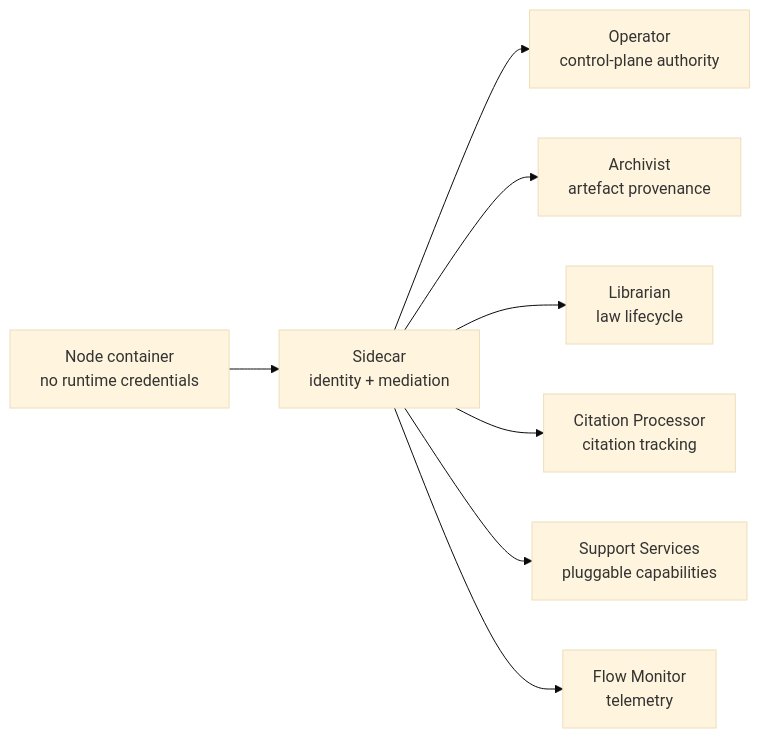
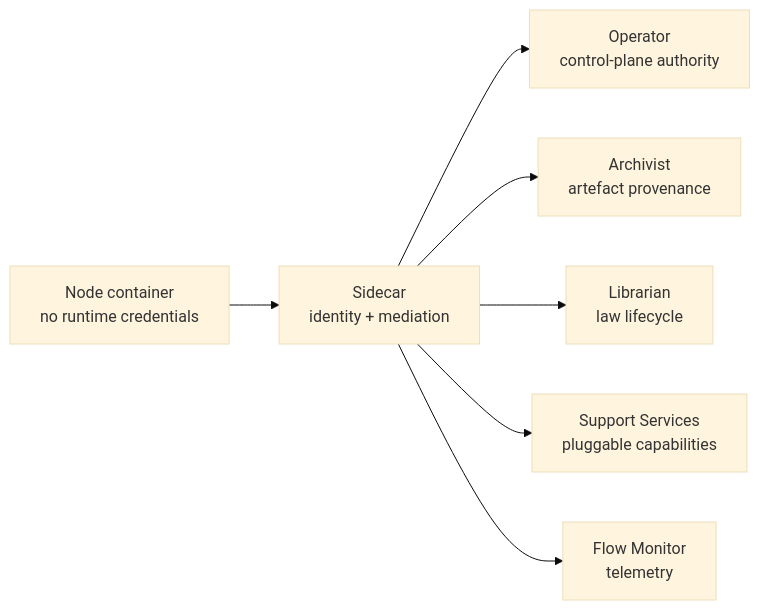
The first of 2 diagrams in 03-node/01-sidecar.md (really-knows-ai/gideas), drawn with Mermaid (base theme) before and after one commit. The commit also changed other lines of this file and 13 other files, not shown here.

Commit message:
Refactor governance documentation to replace 'Citation Processor' with 'Flow Monitor' and update references to friction thresholds for law promotion and review hearings.

````diff
--- a/03-node/01-sidecar.md
+++ b/03-node/01-sidecar.md
@@ -11,10 +11,9 @@
 ```mermaid
 flowchart LR
     ND["Node container<br/>no runtime credentials"] --> SC["Sidecar<br/>identity + mediation"]
     SC --> OP["Operator<br/>control-plane authority"]
     SC --> AR["Archivist<br/>artefact provenance"]
     SC --> LB["Librarian<br/>law lifecycle"]
-    SC --> CP["Citation Processor<br/>citation tracking"]
     SC --> SS["Support Services<br/>pluggable capabilities"]
     SC --> FM["Flow Monitor<br/>telemetry"]
 ```
````
